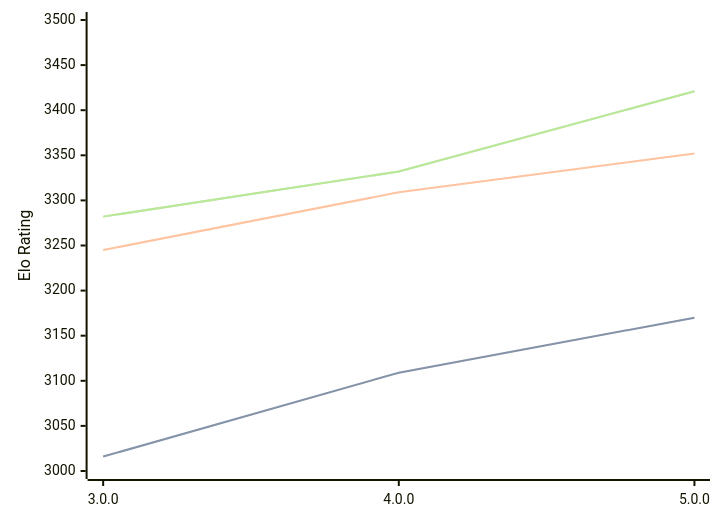
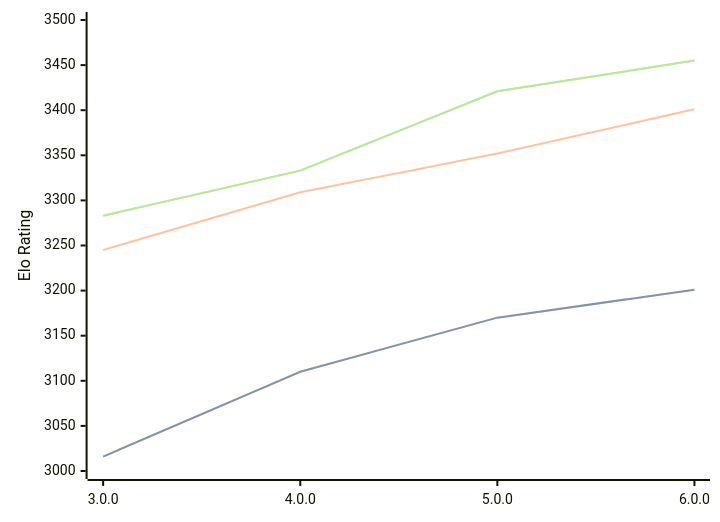
The diagram in engines/Minke.md (computer-chess-index/cci), drawn with Mermaid before and after one commit. The commit also changed other lines of this file, not shown here.

Commit message:
Update CCI Ratings (ELO VLTC) - 2026-04-26

````diff
--- a/engines/Minke.md
+++ b/engines/Minke.md
@@ -36,11 +36,11 @@
 ```mermaid
 %%{init: {"theme":"base","themeVariables":{"seriesColors:['#a3a3a3','#222221','#faa371']}}}%%
 xychart-beta
-  x-axis ["3.0.0", "4.0.0", "5.0.0"]
+  x-axis ["3.0.0", "4.0.0", "5.0.0", "6.0.0"]
   y-axis "Elo Rating" 3000 --> 3500
-  line "STC (8.0+0.08s)" [3016, 3109, 3170]
-  line "STC (8.0+0.08s)" [3016, 3109, 3170]
-  line "LTC (60.0+0.60s)" [3245, 3309, 3352]
-  line "VLTC (2m24s+1.12s)" [3282, 3332, 3421]
-  line "VLTC (2m24s+1.12s)" [3282, 3332, 3421]
+  line "STC (8.0+0.08s)" [3016, 3110, 3170, 3201]
+  line "STC (8.0+0.08s)" [3016, 3110, 3170, 3201]
+  line "LTC (60.0+0.60s)" [3245, 3309, 3352, 3401]
+  line "VLTC (2m24s+1.12s)" [3283, 3333, 3421, 3455]
+  line "VLTC (2m24s+1.12s)" [3283, 3333, 3421, 3455]
 ```
````
